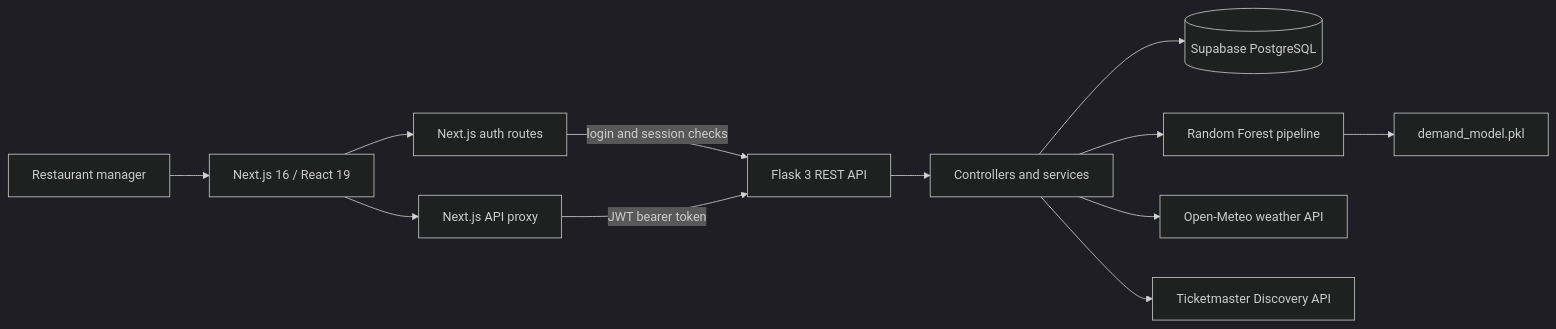
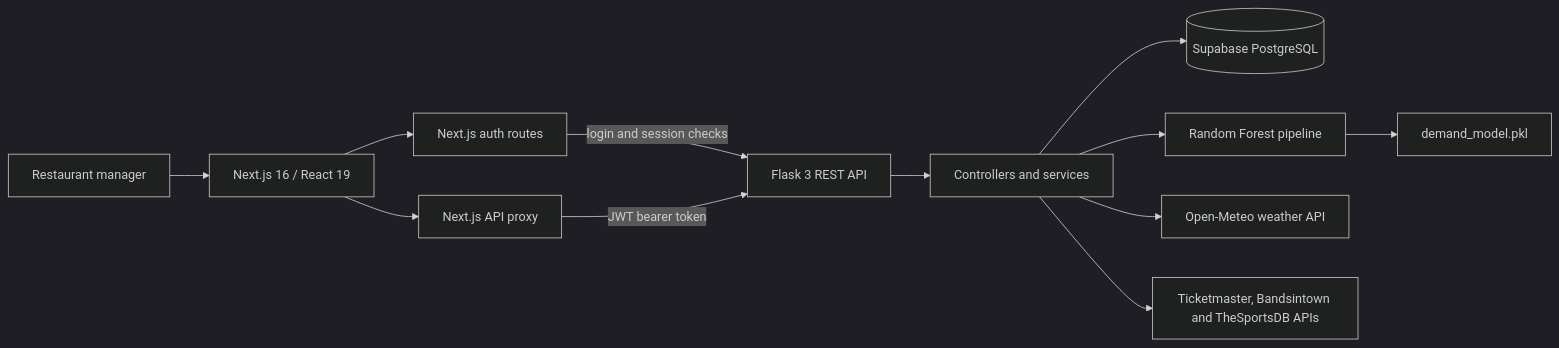
One commit to vale2015/Dissertation changed the diagram in README.md. Above: the diagram before and after it, drawn with Mermaid (dark theme). The commit also changed other lines of this file and 9 other files, not shown here.

````diff
--- a/README.md
+++ b/README.md
@@ -9,14 +9,14 @@
 ```mermaid
 flowchart LR
     U[Restaurant manager] --> N[Next.js 16 / React 19]
     N --> A[Next.js auth routes]
     N --> P[Next.js API proxy]
     A -->|login and session checks| F[Flask 3 REST API]
     P -->|JWT bearer token| F
     F --> S[Controllers and services]
     S --> D[(Supabase PostgreSQL)]
     S --> M[Random Forest pipeline]
     S --> W[Open-Meteo weather API]
-    S --> T[Ticketmaster Discovery API]
+    S --> T[Ticketmaster, Bandsintown and TheSportsDB APIs]
     M --> X[demand_model.pkl]
 ```
````
